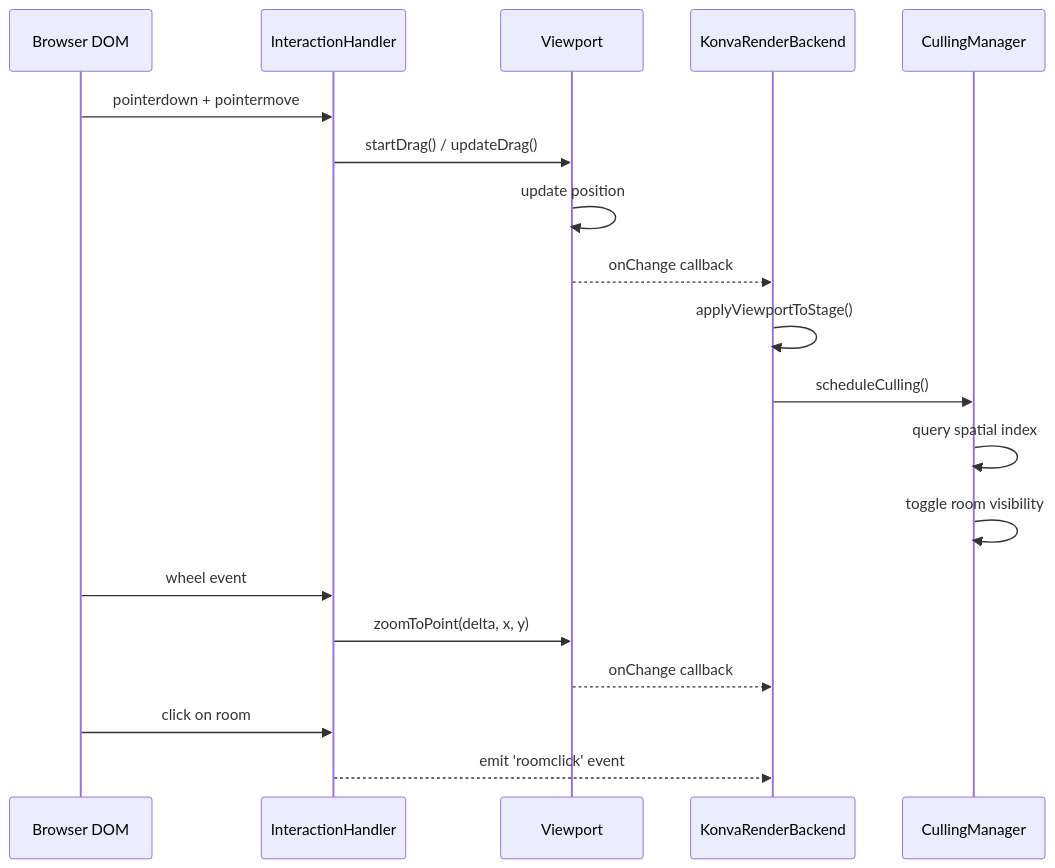
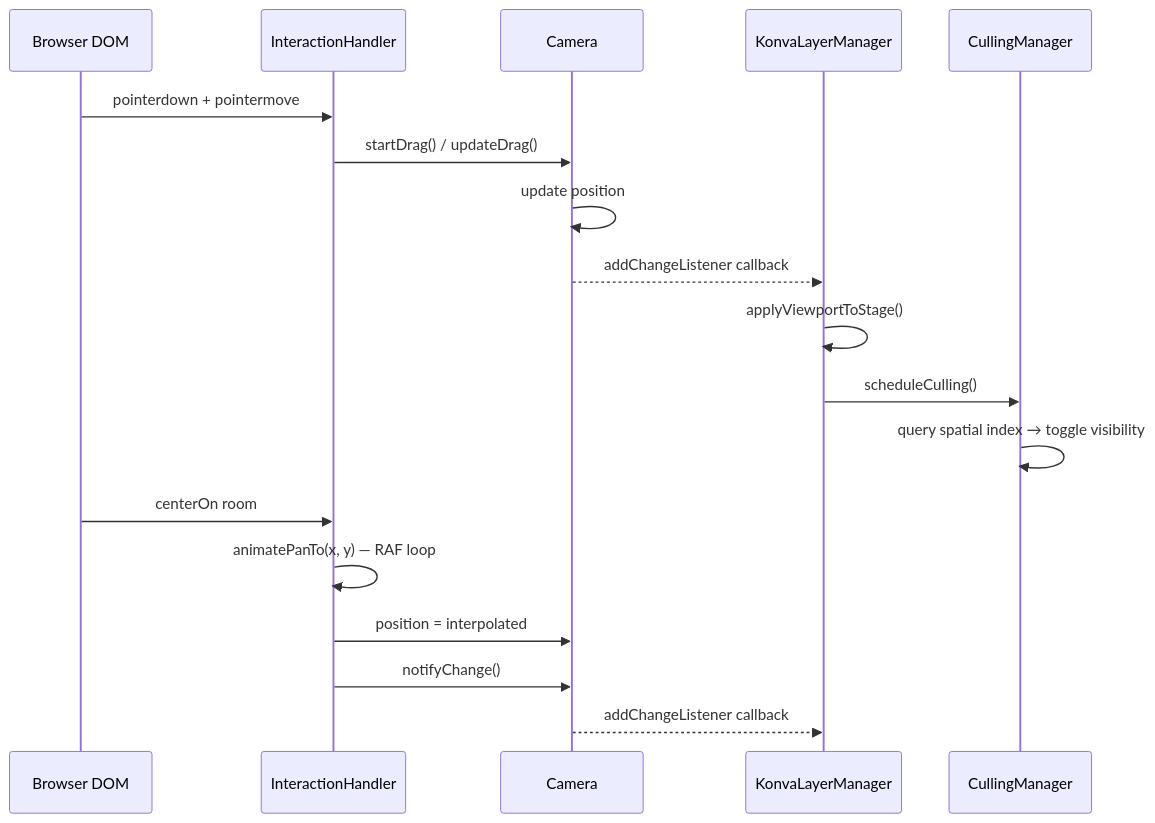
Before and after one commit to Delwing/mudlet-map-renderer: the fifth of 12 diagrams in docs/architecture.md, drawn with Mermaid. The commit also changed other lines of this file, not shown here.

Commit message:
Update architecture.md to reflect unified renderer refactor

````diff
--- a/docs/architecture.md
+++ b/docs/architecture.md
@@ -141,24 +154,22 @@
 ```mermaid
 sequenceDiagram
     participant DOM as Browser DOM
     participant IH as InteractionHandler
-    participant VP as Viewport
-    participant KB as KonvaRenderBackend
+    participant CAM as Camera
+    participant KLM as KonvaLayerManager
     participant CM as CullingManager
 
     DOM->>IH: pointerdown + pointermove
-    IH->>VP: startDrag() / updateDrag()
-    VP->>VP: update position
-    VP-->>KB: onChange callback
-    KB->>KB: applyViewportToStage()
-    KB->>CM: scheduleCulling()
-    CM->>CM: query spatial index
-    CM->>CM: toggle room visibility
+    IH->>CAM: startDrag() / updateDrag()
+    CAM->>CAM: update position
+    CAM-->>KLM: addChangeListener callback
+    KLM->>KLM: applyViewportToStage()
+    KLM->>CM: scheduleCulling()
+    CM->>CM: query spatial index → toggle visibility
 
-    DOM->>IH: wheel event
-    IH->>VP: zoomToPoint(delta, x, y)
-    VP-->>KB: onChange callback
-
-    DOM->>IH: click on room
-    IH-->>KB: emit 'roomclick' event
+    DOM->>IH: centerOn room
+    IH->>IH: animatePanTo(x, y) — RAF loop
+    IH->>CAM: position = interpolated
+    IH->>CAM: notifyChange()
+    CAM-->>KLM: addChangeListener callback
 ```
````
